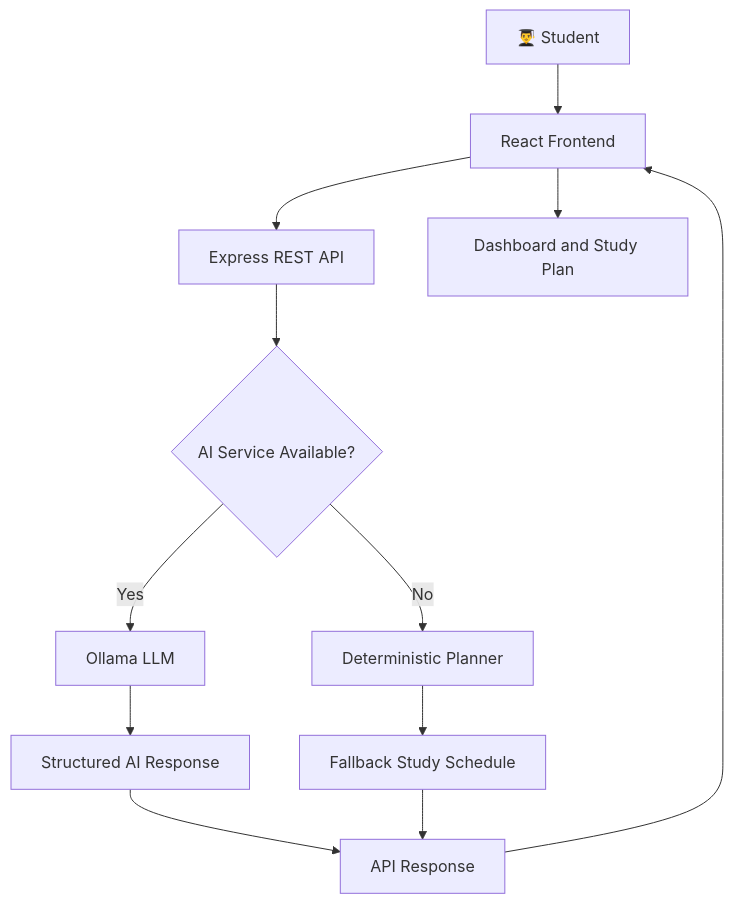
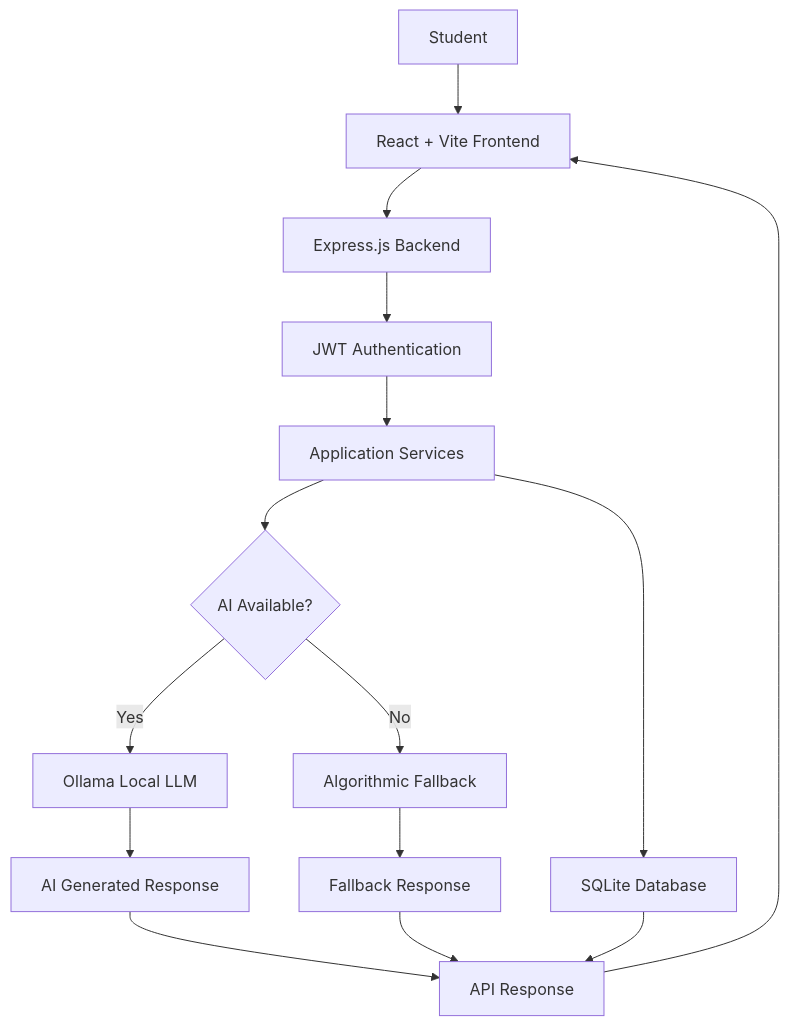
The diagram in README.md (rajrohit5783-cmyk/StudyBuddy), drawn with Mermaid before and after one commit. The commit also changed other lines of this file, not shown here.

````diff
--- a/README.md
+++ b/README.md
@@ -117,14 +280,26 @@
 ```mermaid
 flowchart TD
-    A["👨‍🎓 Student"] --> B["React Frontend"]
-    B --> C["Express REST API"]
-    C --> D{"AI Service Available?"}
-    D -->|Yes| E["Ollama LLM"]
-    D -->|No| F["Deterministic Planner"]
-    E --> G["Structured AI Response"]
-    F --> H["Fallback Study Schedule"]
-    G --> I["API Response"]
-    H --> I
-    I --> B
-    B --> J["Dashboard and Study Plan"]
+    A["Student"] --> B["React + Vite Frontend"]
+
+    B --> C["Express.js Backend"]
+
+    C --> D["JWT Authentication"]
+    D --> E["Application Services"]
+
+    E --> F["SQLite Database"]
+
+    E --> G{"AI Available?"}
+
+    G -->|Yes| H["Ollama Local LLM"]
+    G -->|No| I["Algorithmic Fallback"]
+
+    H --> J["AI Generated Response"]
+    I --> K["Fallback Response"]
+
+    J --> L["API Response"]
+    K --> L
+
+    F --> L
+
+    L --> B
 ```
````
